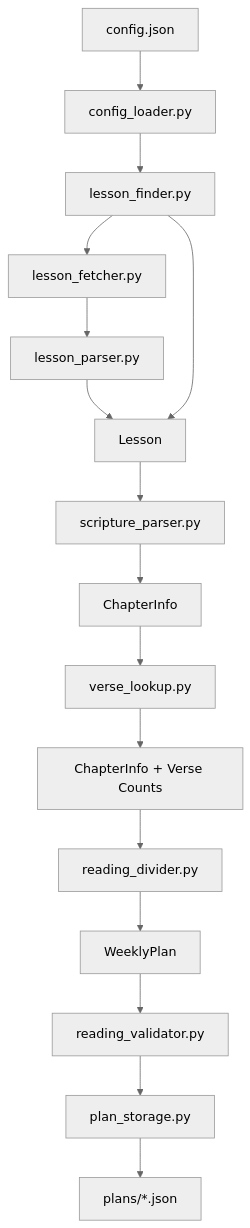
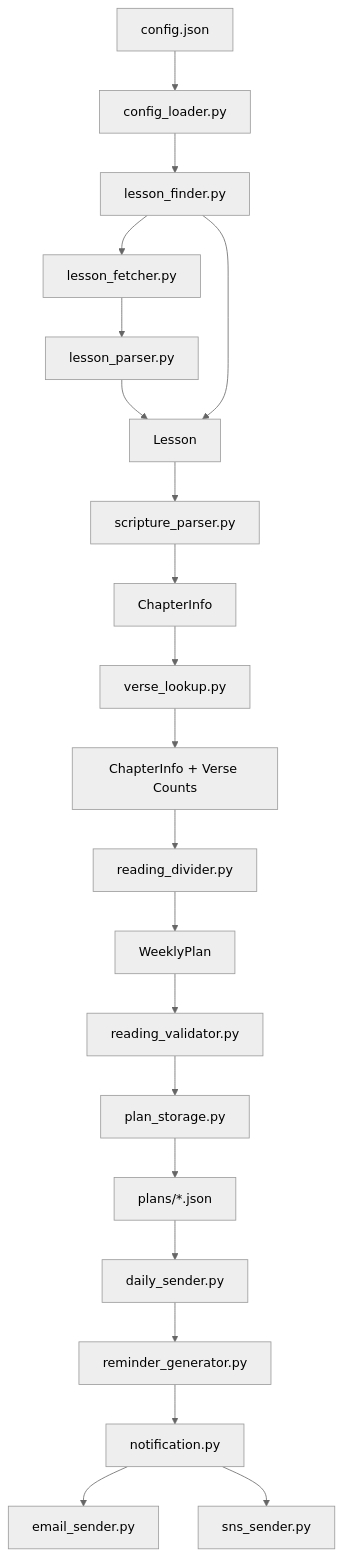
The diagram in README.md (bethpilipala/cfm_ai_reminder), drawn with Mermaid (neutral theme) before and after one commit.

Commit message:
Update mermaid diagram

````diff
--- a/README.md
+++ b/README.md
@@ -40,24 +40,30 @@
 ```mermaid
 flowchart TD
     A[config.json] --> B[config_loader.py]
     B --> C[lesson_finder.py]
 
     C --> D[lesson_fetcher.py]
     D --> E[lesson_parser.py]
     E --> F[Lesson]
 
     C --> F
 
     F --> G[scripture_parser.py]
     G --> H[ChapterInfo]
 
     H --> I[verse_lookup.py]
     I --> J[ChapterInfo + Verse Counts]
 
     J --> K[reading_divider.py]
     K --> L[WeeklyPlan]
 
     L --> M[reading_validator.py]
     M --> N[plan_storage.py]
     N --> O[plans/*.json]
+
+    O --> P[daily_sender.py]
+    P --> Q[reminder_generator.py]
+    Q --> R[notification.py]
+    R --> S[email_sender.py]
+    R --> T[sns_sender.py]
 ```
````
